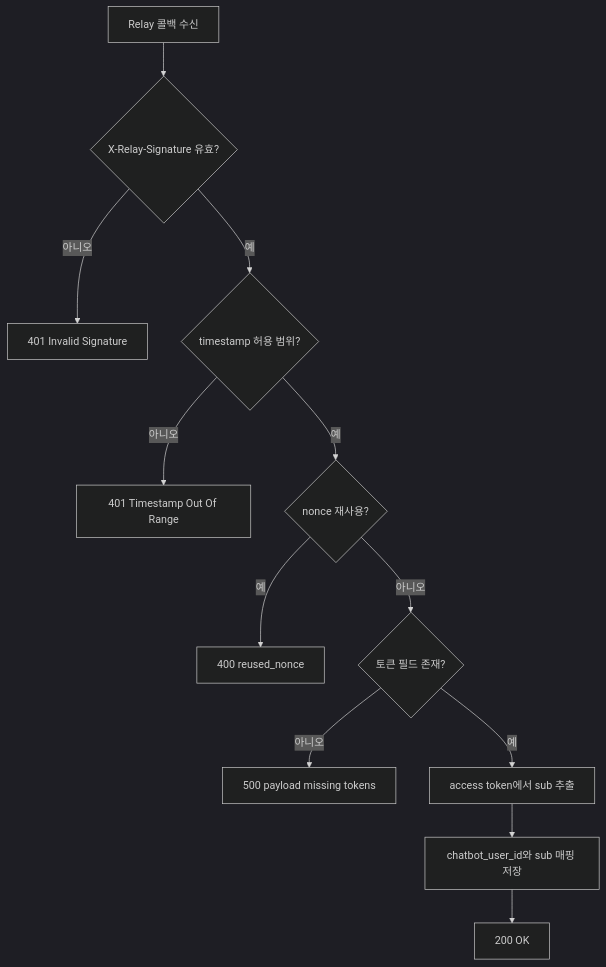
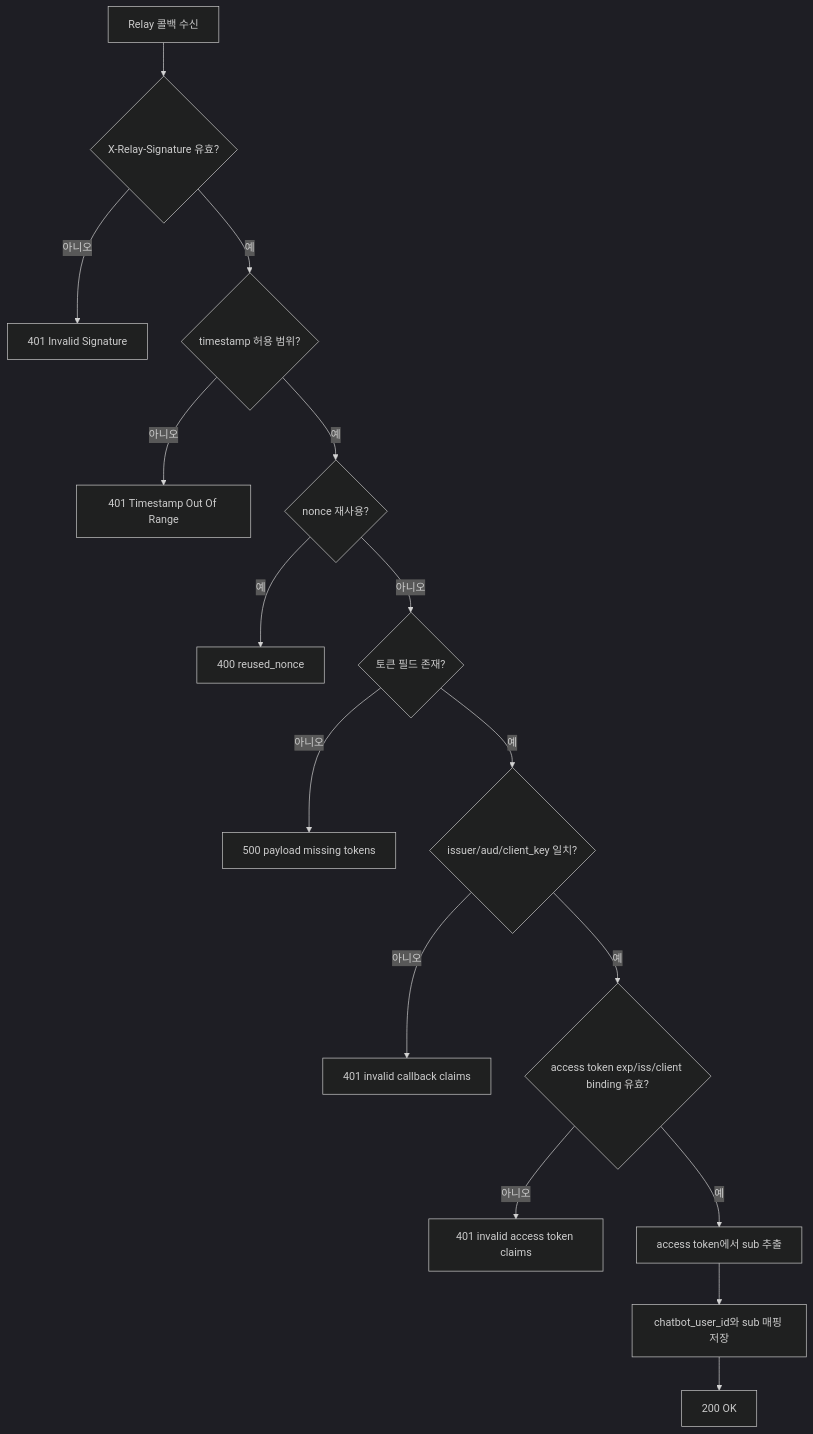
One commit to teamSANDOL/tuk_sandol_team changed the second of 3 diagrams in docs/auth-chatbot-auth-relay.md. Above: the diagram before and after it, drawn with Mermaid (dark theme). The commit also changed other lines of this file and 1 other file, not shown here.

First line of the commit message:
fix: 인증 문서에 callback 검증 정책을 반영

````diff
--- a/docs/auth-chatbot-auth-relay.md
+++ b/docs/auth-chatbot-auth-relay.md
@@ -250,14 +256,18 @@
 ```mermaid
 flowchart TD
     A[Relay 콜백 수신] --> B{X-Relay-Signature 유효?}
     B -- 아니오 --> E1[401 Invalid Signature]
     B -- 예 --> C{timestamp 허용 범위?}
     C -- 아니오 --> E2[401 Timestamp Out Of Range]
     C -- 예 --> D{nonce 재사용?}
     D -- 예 --> E3[400 reused_nonce]
     D -- 아니오 --> F{토큰 필드 존재?}
     F -- 아니오 --> E4[500 payload missing tokens]
-    F -- 예 --> G[access token에서 sub 추출]
-    G --> H[chatbot_user_id와 sub 매핑 저장]
-    H --> OK[200 OK]
+    F -- 예 --> G{issuer/aud/client_key 일치?}
+    G -- 아니오 --> E5[401 invalid callback claims]
+    G -- 예 --> H{access token exp/iss/client binding 유효?}
+    H -- 아니오 --> E6[401 invalid access token claims]
+    H -- 예 --> I[access token에서 sub 추출]
+    I --> J[chatbot_user_id와 sub 매핑 저장]
+    J --> OK[200 OK]
 ```
````
